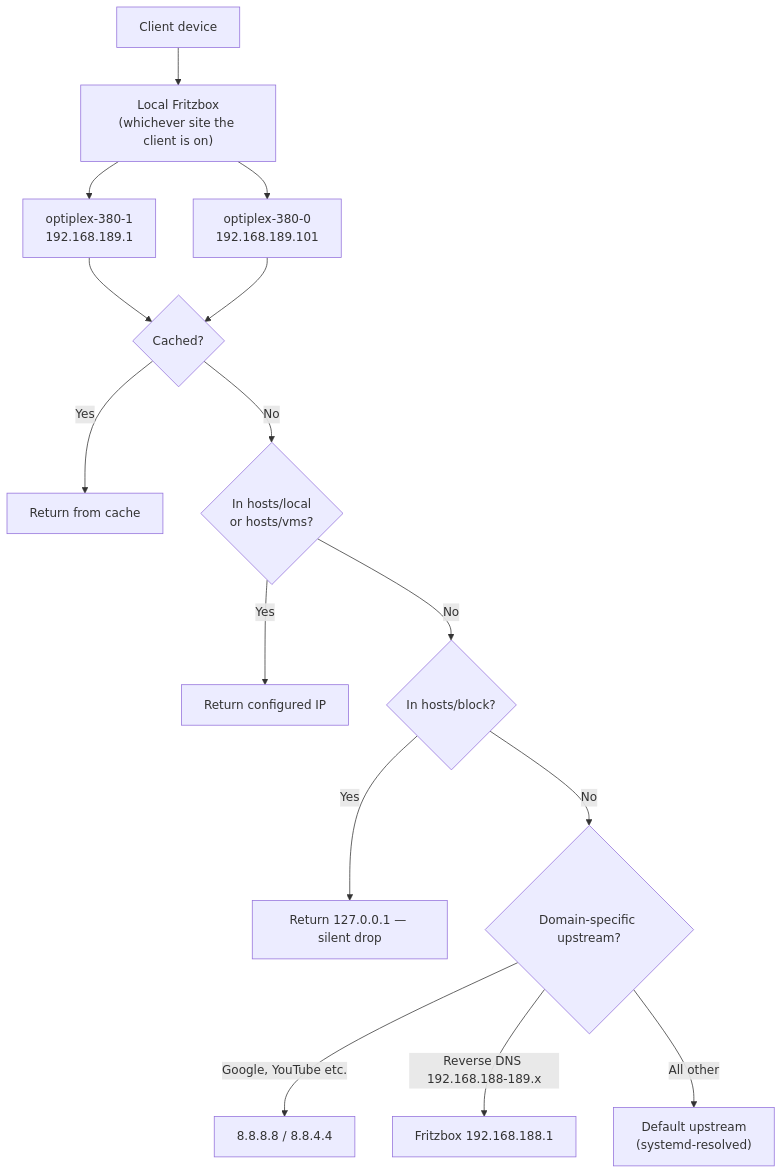
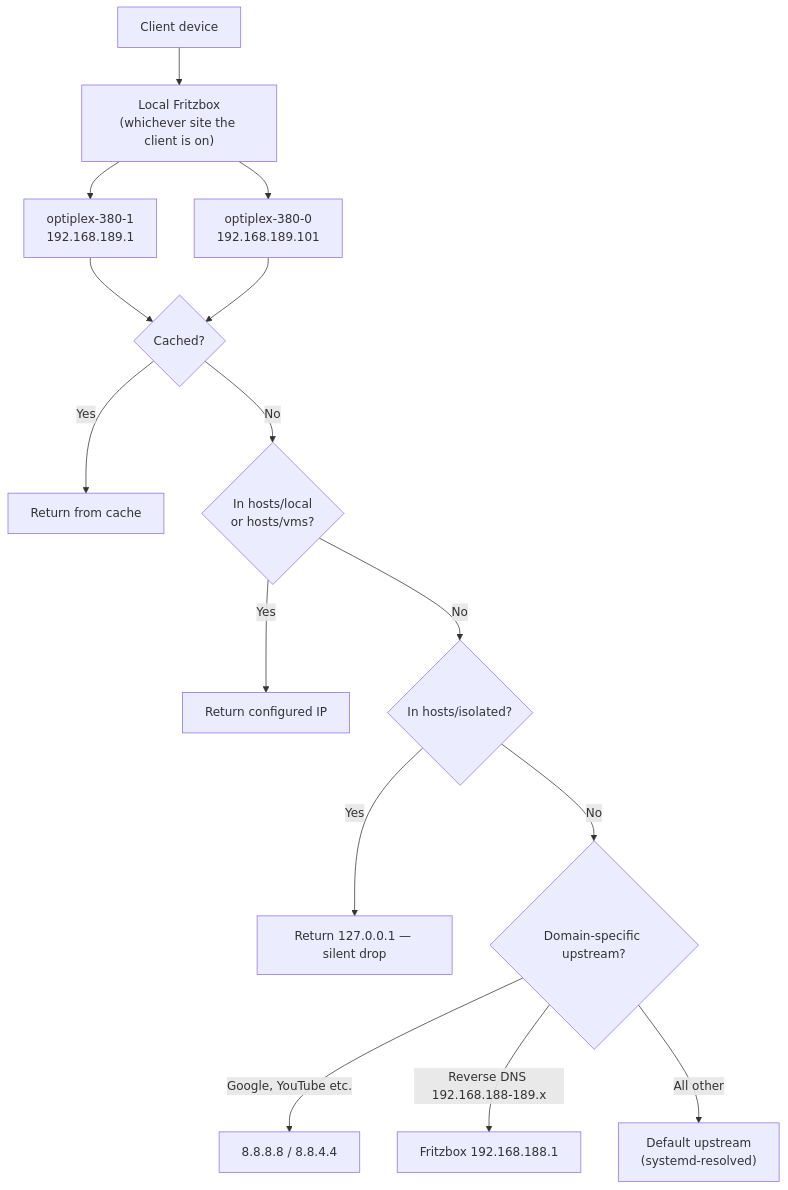
One commit to ernolf/dcm changed the second of 6 diagrams in docs/architecture.md. Above: the diagram before and after it, drawn with Mermaid. The commit also changed other lines of this file and 5 other files, not shown here.

First line of the commit message:
refactor: rename the block hosts file to isolated

````diff
--- a/docs/architecture.md
+++ b/docs/architecture.md
@@ -94,17 +94,17 @@
 ```mermaid
 flowchart TD
     Client["Client device"] --> FB["Local Fritzbox\n(whichever site the client is on)"]
     FB --> DNS1["optiplex-380-1\n192.168.189.1"]
     FB --> DNS2["optiplex-380-0\n192.168.189.101"]
     DNS1 --> Cache{"Cached?"}
     DNS2 --> Cache
     Cache -->|Yes| CacheReply["Return from cache"]
     Cache -->|No| Hosts{"In hosts/local\nor hosts/vms?"}
     Hosts -->|Yes| LocalReply["Return configured IP"]
-    Hosts -->|No| Block{"In hosts/block?"}
-    Block -->|Yes| Blocked["Return 127.0.0.1 — silent drop"]
-    Block -->|No| Domain{"Domain-specific upstream?"}
+    Hosts -->|No| Isolated{"In hosts/isolated?"}
+    Isolated -->|Yes| Quarantined["Return 127.0.0.1 — silent drop"]
+    Isolated -->|No| Domain{"Domain-specific upstream?"}
     Domain -->|"Google, YouTube etc."| Google["8.8.8.8 / 8.8.4.4"]
     Domain -->|"Reverse DNS 192.168.188-189.x"| Fritz["Fritzbox 192.168.188.1"]
     Domain -->|"All other"| Default["Default upstream\n(systemd-resolved)"]
 ```
````
